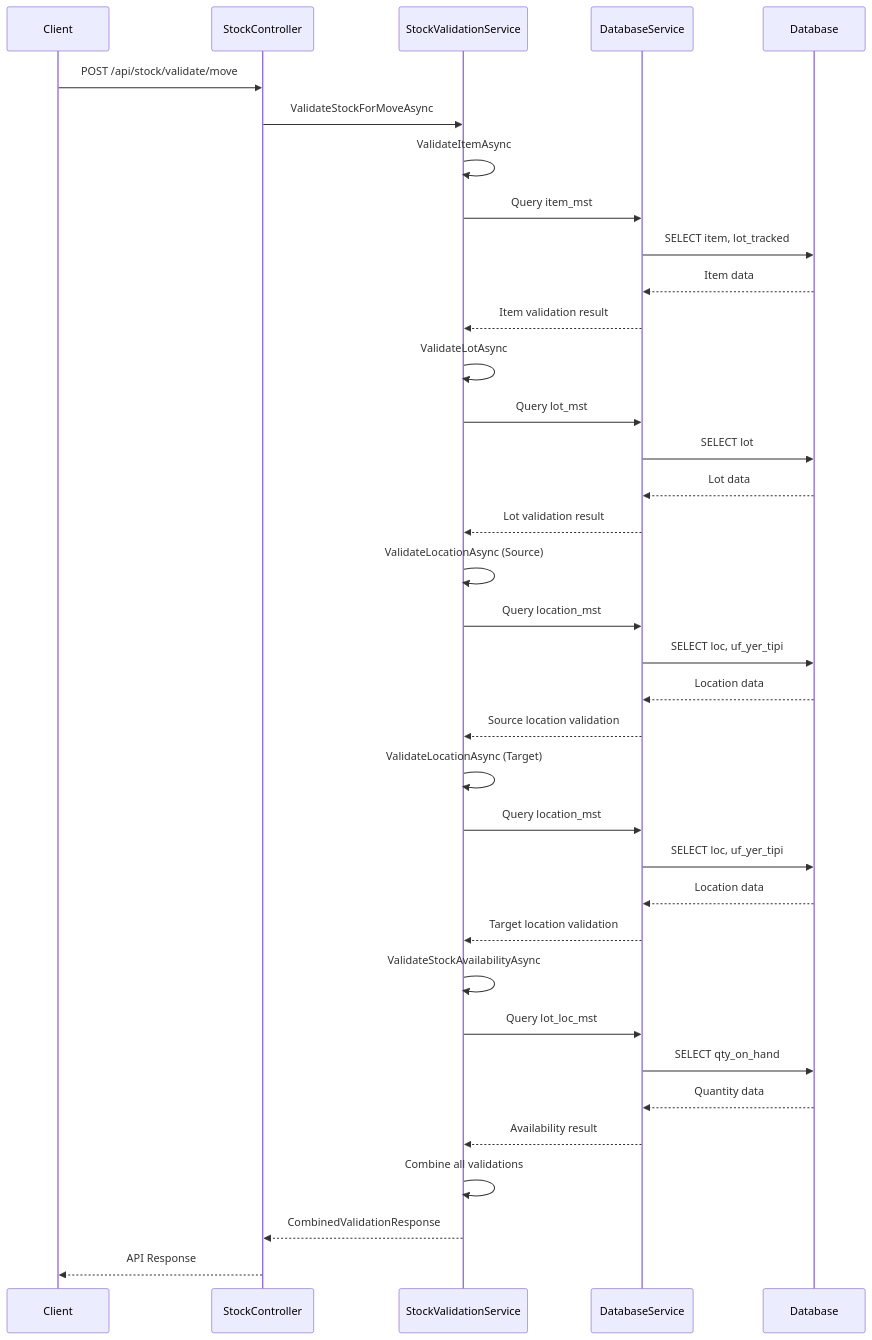
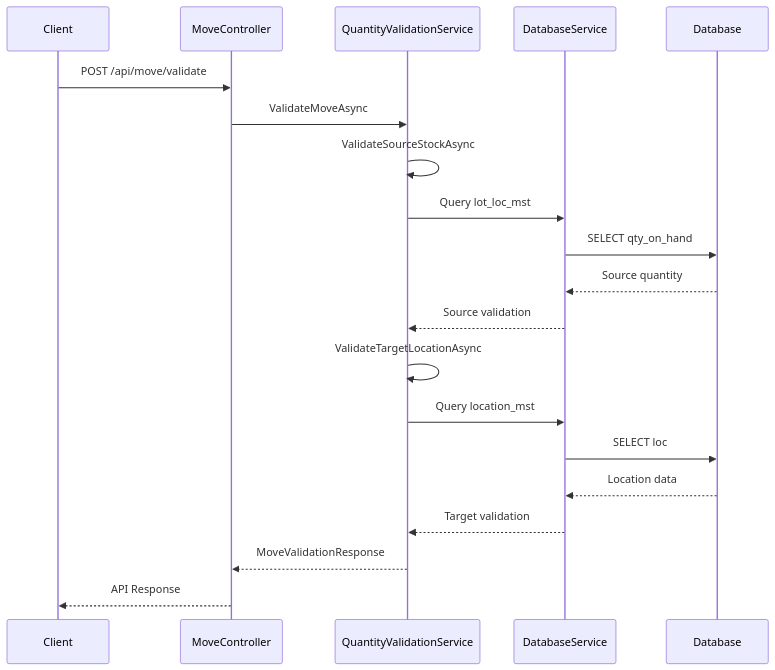
One commit to utkuarslan5/quantity_move changed the second of 4 diagrams in API_DOCUMENTATION.md. Above: the diagram before and after it, drawn with Mermaid. The commit also changed other lines of this file and 40 other files, not shown here.

First line of the commit message:
feat(api): Update API documentation and integrate legacy database compatibility

````diff
--- a/API_DOCUMENTATION.md
+++ b/API_DOCUMENTATION.md
@@ -215,45 +201,26 @@
 ```mermaid
 sequenceDiagram
     participant Client
-    participant StockController
-    participant StockValidationService
+    participant MoveController
+    participant QuantityValidationService
     participant DatabaseService
     participant Database
 
-    Client->>StockController: POST /api/stock/validate/move
-    StockController->>StockValidationService: ValidateStockForMoveAsync
+    Client->>MoveController: POST /api/move/validate
+    MoveController->>QuantityValidationService: ValidateMoveAsync
     
-    StockValidationService->>StockValidationService: ValidateItemAsync
-    StockValidationService->>DatabaseService: Query item_mst
-    DatabaseService->>Database: SELECT item, lot_tracked
-    Database-->>DatabaseService: Item data
-    DatabaseService-->>StockValidationService: Item validation result
+    QuantityValidationService->>QuantityValidationService: ValidateSourceStockAsync
+    QuantityValidationService->>DatabaseService: Query lot_loc_mst
+    DatabaseService->>Database: SELECT qty_on_hand
+    Database-->>DatabaseService: Source quantity
+    DatabaseService-->>QuantityValidationService: Source validation
     
-    StockValidationService->>StockValidationService: ValidateLotAsync
-    StockValidationService->>DatabaseService: Query lot_mst
-    DatabaseService->>Database: SELECT lot
-    Database-->>DatabaseService: Lot data
-    DatabaseService-->>StockValidationService: Lot validation result
+    QuantityValidationService->>QuantityValidationService: ValidateTargetLocationAsync
+    QuantityValidationService->>DatabaseService: Query location_mst
+    DatabaseService->>Database: SELECT loc
+    Database-->>DatabaseService: Location data
+    DatabaseService-->>QuantityValidationService: Target validation
     
-    StockValidationService->>StockValidationService: ValidateLocationAsync (Source)
-    StockValidationService->>DatabaseService: Query location_mst
-    DatabaseService->>Database: SELECT loc, uf_yer_tipi
-    Database-->>DatabaseService: Location data
-    DatabaseService-->>StockValidationService: Source location validation
-    
-    StockValidationService->>StockValidationService: ValidateLocationAsync (Target)
-    StockValidationService->>DatabaseService: Query location_mst
-    DatabaseService->>Database: SELECT loc, uf_yer_tipi
-    Database-->>DatabaseService: Location data
-    DatabaseService-->>StockValidationService: Target location validation
-    
-    StockValidationService->>StockValidationService: ValidateStockAvailabilityAsync
-    StockValidationService->>DatabaseService: Query lot_loc_mst
-    DatabaseService->>Database: SELECT qty_on_hand
-    Database-->>DatabaseService: Quantity data
-    DatabaseService-->>StockValidationService: Availability result
-    
-    StockValidationService->>StockValidationService: Combine all validations
-    StockValidationService-->>StockController: CombinedValidationResponse
-    StockController-->>Client: API Response
+    QuantityValidationService-->>MoveController: MoveValidationResponse
+    MoveController-->>Client: API Response
 ```
````
